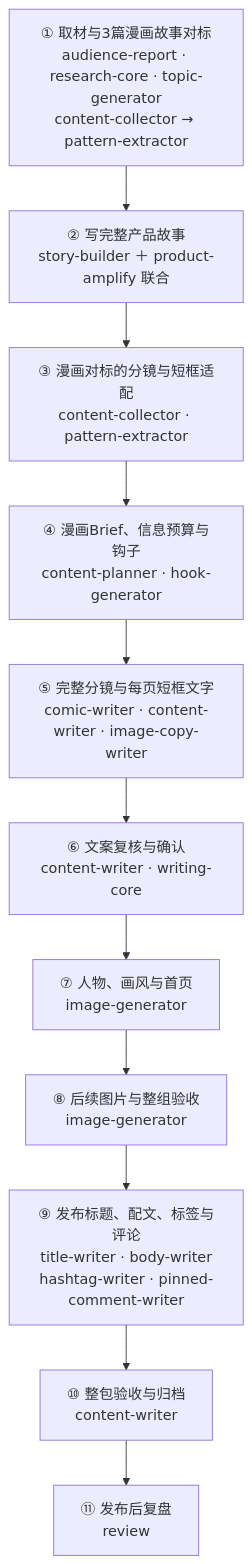
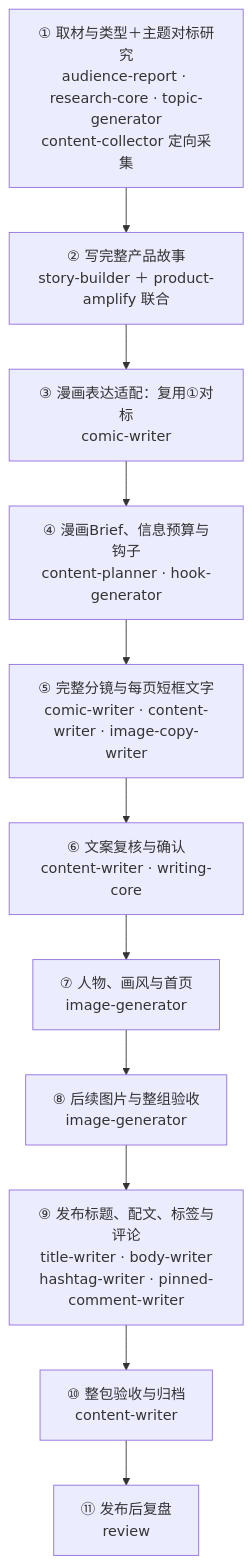
One commit to EloiseCai/second-brain changed the diagram in skills/comic-writer/references/workflow.md. Above: the diagram before and after it, drawn with Mermaid. The commit also changed other lines of this file and 8 other files, not shown here.

Commit message:
Match one benchmark set by type and topic without pattern-extractor routing

````diff
--- a/skills/comic-writer/references/workflow.md
+++ b/skills/comic-writer/references/workflow.md
@@ -7,15 +7,15 @@
 ```mermaid
 flowchart TD
- A["① 取材与3篇漫画故事对标<br/>audience-report · research-core · topic-generator<br/>content-collector → pattern-extractor"]
+ A["① 取材与类型＋主题对标研究<br/>audience-report · research-core · topic-generator<br/>content-collector 定向采集"]
  B["② 写完整产品故事<br/>story-builder ＋ product-amplify 联合"]
- C["③ 漫画对标的分镜与短框适配<br/>content-collector · pattern-extractor"]
+ C["③ 漫画表达适配：复用①对标<br/>comic-writer"]
  D["④ 漫画Brief、信息预算与钩子<br/>content-planner · hook-generator"]
  E["⑤ 完整分镜与每页短框文字<br/>comic-writer · content-writer · image-copy-writer"]
  F["⑥ 文案复核与确认<br/>content-writer · writing-core"]
  G["⑦ 人物、画风与首页<br/>image-generator"]
  H["⑧ 后续图片与整组验收<br/>image-generator"]
  I["⑨ 发布标题、配文、标签与评论<br/>title-writer · body-writer<br/>hashtag-writer · pinned-comment-writer"]
  J["⑩ 整包验收与归档<br/>content-writer"]
  K["⑪ 发布后复盘<br/>review"]
  A --> B --> C --> D --> E --> F --> G --> H --> I --> J --> K
 ```
````
